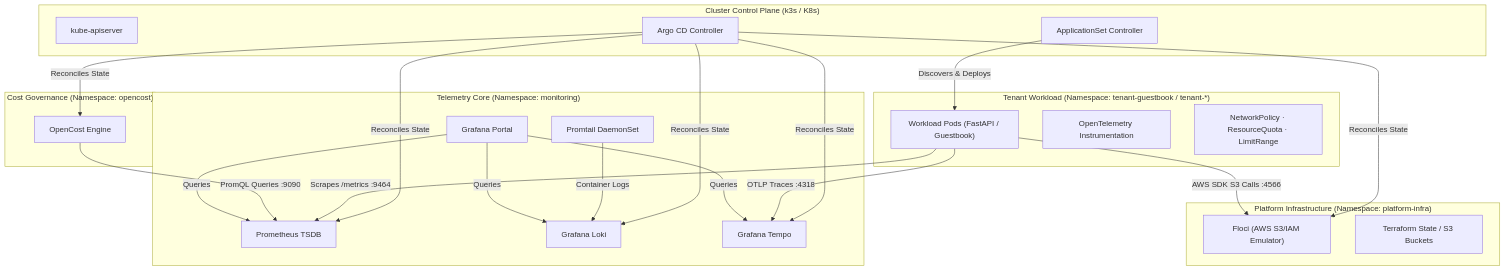
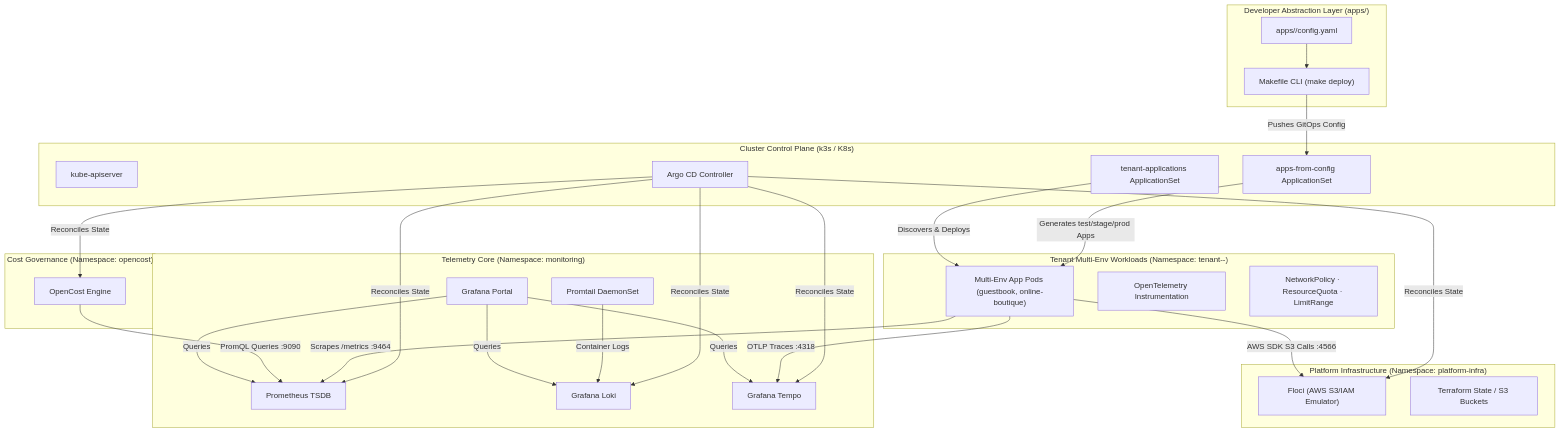
The first of 4 diagrams in docs/docs/architecture.md (barbaria888/FrugalZeus), drawn with Mermaid before and after one commit. The commit also changed other lines of this file and 10 other files, not shown here.

Commit message:
modular application config

````diff
--- a/docs/docs/architecture.md
+++ b/docs/docs/architecture.md
@@ -11,49 +11,60 @@
 ```mermaid
 graph TB
+    subgraph "Developer Abstraction Layer (apps/)"
+        DevConfig["apps/<name>/config.yaml"]
+        MakeCLI["Makefile CLI (make deploy)"]
+    end
+
     subgraph "Cluster Control Plane (k3s / K8s)"
         API["kube-apiserver"]
         ArgoCD["Argo CD Controller"]
-        AppSet["ApplicationSet Controller"]
+        MatrixAppSet["apps-from-config ApplicationSet"]
+        TenantAppSet["tenant-applications ApplicationSet"]
     end
 
     subgraph "Platform Infrastructure (Namespace: platform-infra)"
         Floci["Floci (AWS S3/IAM Emulator)"]
         TF["Terraform State / S3 Buckets"]
     end
 
     subgraph "Telemetry Core (Namespace: monitoring)"
         Prom["Prometheus TSDB"]
         Loki["Grafana Loki"]
         Tempo["Grafana Tempo"]
         Grafana["Grafana Portal"]
         Promtail["Promtail DaemonSet"]
     end
 
     subgraph "Cost Governance (Namespace: opencost)"
         OpenCost["OpenCost Engine"]
     end
 
-    subgraph "Tenant Workload (Namespace: tenant-guestbook / tenant-*)"
-        Workload["Workload Pods (FastAPI / Guestbook)"]
+    subgraph "Tenant Multi-Env Workloads (Namespace: tenant-<app>-<env>)"
+        Workload["Multi-Env App Pods (guestbook, online-boutique)"]
         OTel["OpenTelemetry Instrumentation"]
         Guardrails["NetworkPolicy · ResourceQuota · LimitRange"]
     end
+
+    %% Developer Flow
+    DevConfig --> MakeCLI
+    MakeCLI -->|"Pushes GitOps Config"| MatrixAppSet
 
     %% State Management
     ArgoCD -->|"Reconciles State"| Floci
     ArgoCD -->|"Reconciles State"| Prom
     ArgoCD -->|"Reconciles State"| Loki
     ArgoCD -->|"Reconciles State"| Tempo
     ArgoCD -->|"Reconciles State"| OpenCost
-    AppSet -->|"Discovers & Deploys"| Workload
+    MatrixAppSet -->|"Generates test/stage/prod Apps"| Workload
+    TenantAppSet -->|"Discovers & Deploys"| Workload
 
     %% Telemetry & Data Flow
     Workload -->|"OTLP Traces :4318"| Tempo
     Workload -->|"Scrapes /metrics :9464"| Prom
     Promtail -->|"Container Logs"| Loki
     OpenCost -->|"PromQL Queries :9090"| Prom
     Grafana -->|"Queries"| Prom & Loki & Tempo
 
     %% Local Emulation
     Workload -->|"AWS SDK S3 Calls :4566"| Floci
 ```
````
